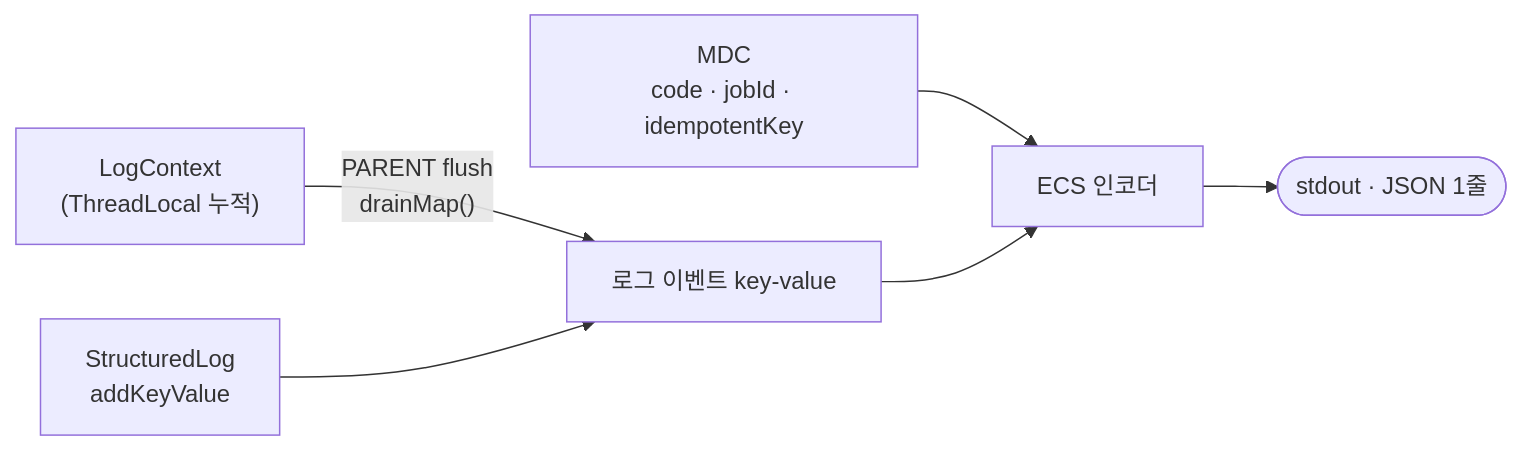
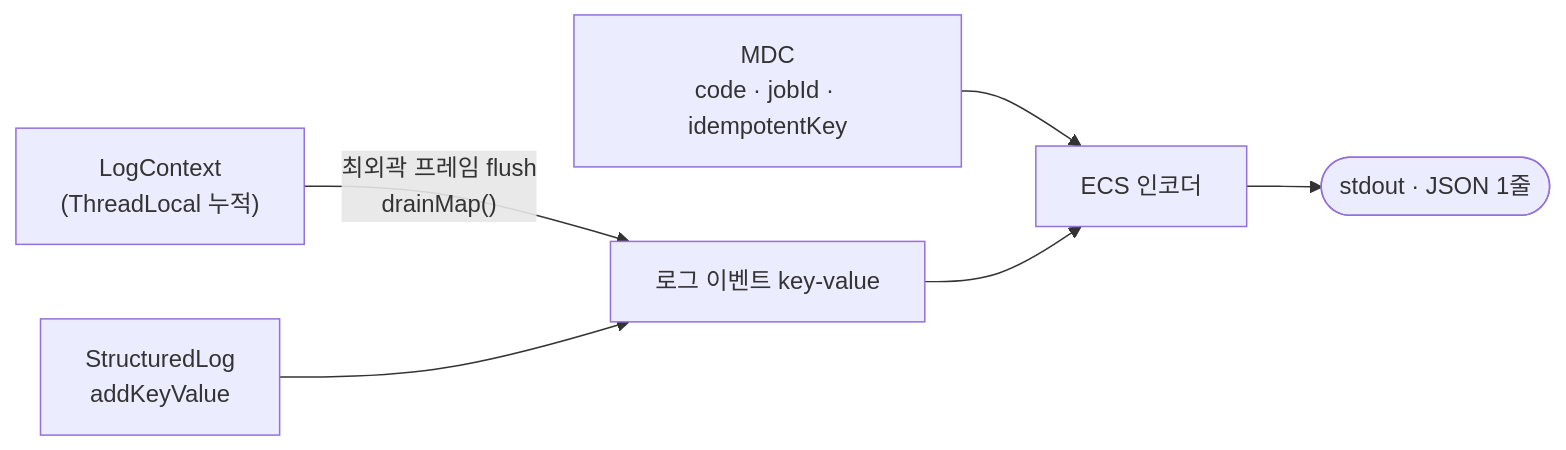
One commit to ghlee0303/dayogg changed the diagram in docs/logging.md. Above: the diagram before and after it, drawn with Mermaid. The commit also changed other lines of this file and 10 other files, not shown here.

First line of the commit message:
refactor: ServiceLogging 의 PARENT/CHILD 를 최초 진입 프레임 flush 로 바꾼다

````diff
--- a/docs/logging.md
+++ b/docs/logging.md
@@ -65,8 +65,8 @@
 ```mermaid
 flowchart LR
     MDC["MDC<br/>code · jobId · idempotentKey"] --> Enc
-    LC["LogContext<br/>(ThreadLocal 누적)"] -->|"PARENT flush<br/>drainMap()"| KV
+    LC["LogContext<br/>(ThreadLocal 누적)"] -->|"최외곽 프레임 flush<br/>drainMap()"| KV
     SL["StructuredLog<br/>addKeyValue"] --> KV["로그 이벤트 key-value"]
     KV --> Enc["ECS 인코더"]
     Enc --> Out(["stdout · JSON 1줄"])
 ```
````
